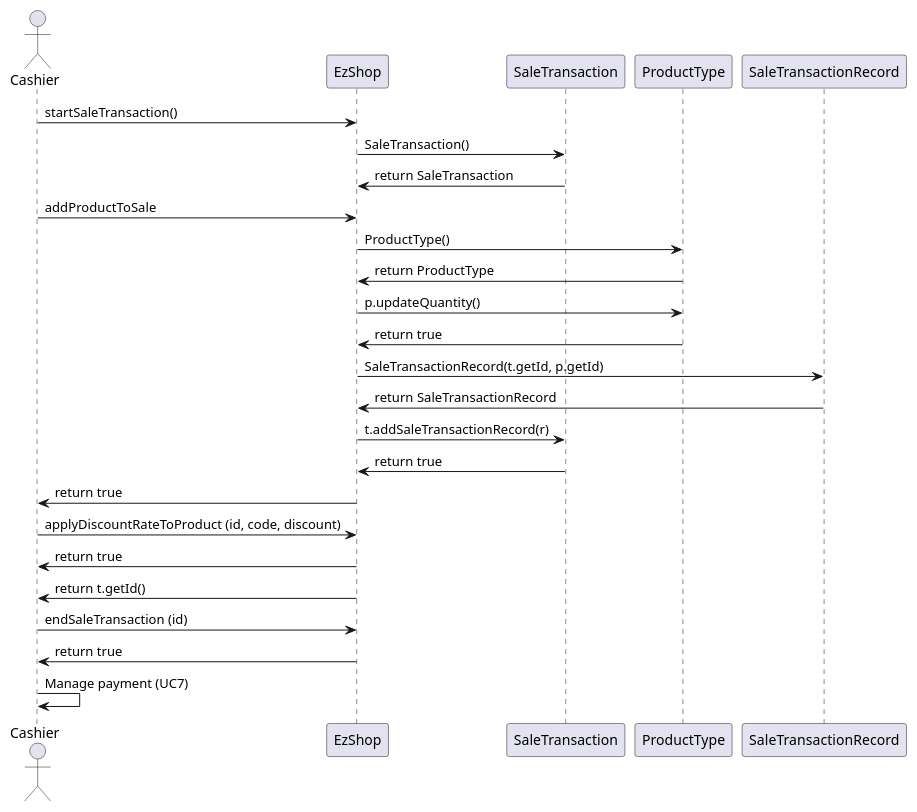
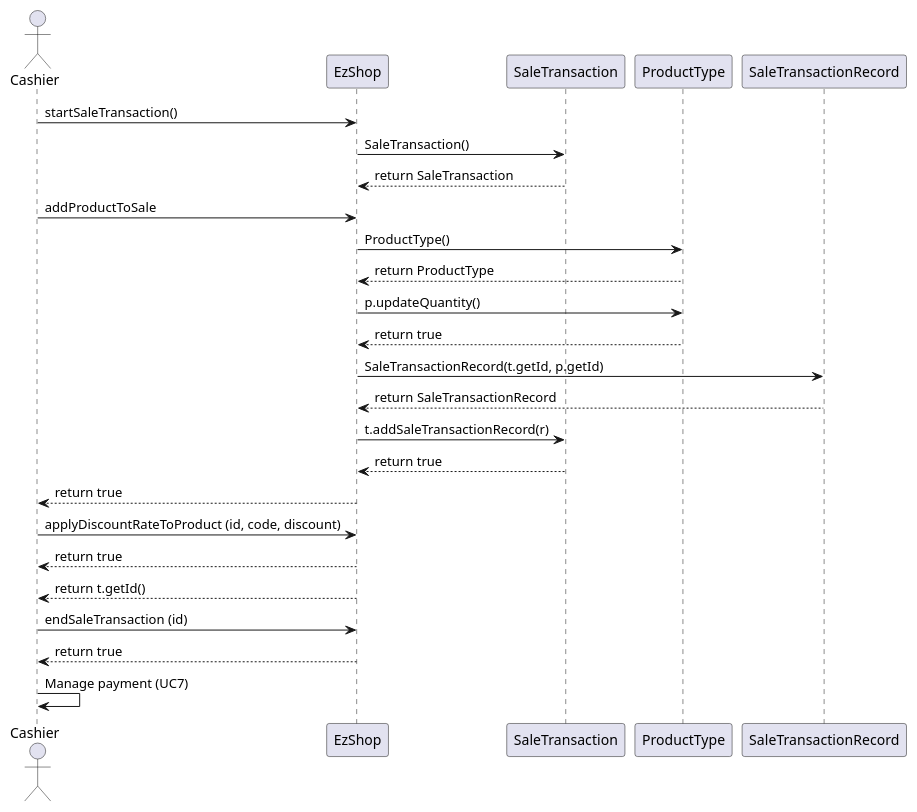
Diagram 18 of 28 in Deliverables/DesignDocument.md (paocela/EzShop), drawn with PlantUML before and after one commit. The commit also changed other lines of this file, not shown here.

````diff
--- a/Deliverables/DesignDocument.md
+++ b/Deliverables/DesignDocument.md
@@ -512,30 +512,30 @@
 ```plantuml
 
 actor Cashier
 Cashier -> EzShop : startSaleTransaction()
 EzShop -> SaleTransaction : SaleTransaction()
-EzShop <- SaleTransaction : return SaleTransaction
+EzShop <-- SaleTransaction : return SaleTransaction
 
 Cashier -> EzShop : addProductToSale
 EzShop -> ProductType : ProductType()
-EzShop <- ProductType : return ProductType
+EzShop <-- ProductType : return ProductType
 EzShop -> ProductType : p.updateQuantity()
-EzShop <- ProductType : return true
+EzShop <-- ProductType : return true
 EzShop -> SaleTransactionRecord : SaleTransactionRecord(t.getId, p.getId)
-EzShop <- SaleTransactionRecord : return SaleTransactionRecord
+EzShop <-- SaleTransactionRecord : return SaleTransactionRecord
 EzShop -> SaleTransaction : t.addSaleTransactionRecord(r)
-EzShop <- SaleTransaction : return true
-Cashier <- EzShop : return true
+EzShop <-- SaleTransaction : return true
+Cashier <-- EzShop : return true
 
 Cashier -> EzShop : applyDiscountRateToProduct (id, code, discount)
 
-Cashier <- EzShop : return true
+Cashier <-- EzShop : return true
 
 
-Cashier <- EzShop : return t.getId()
+Cashier <-- EzShop : return t.getId()
 Cashier -> EzShop : endSaleTransaction (id)
-Cashier <- EzShop : return true
+Cashier <-- EzShop : return true
 
 
 Cashier -> Cashier : Manage payment (UC7)
 ```
````
